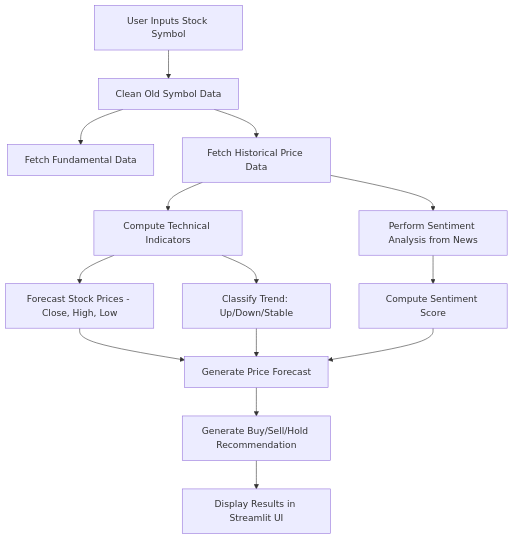
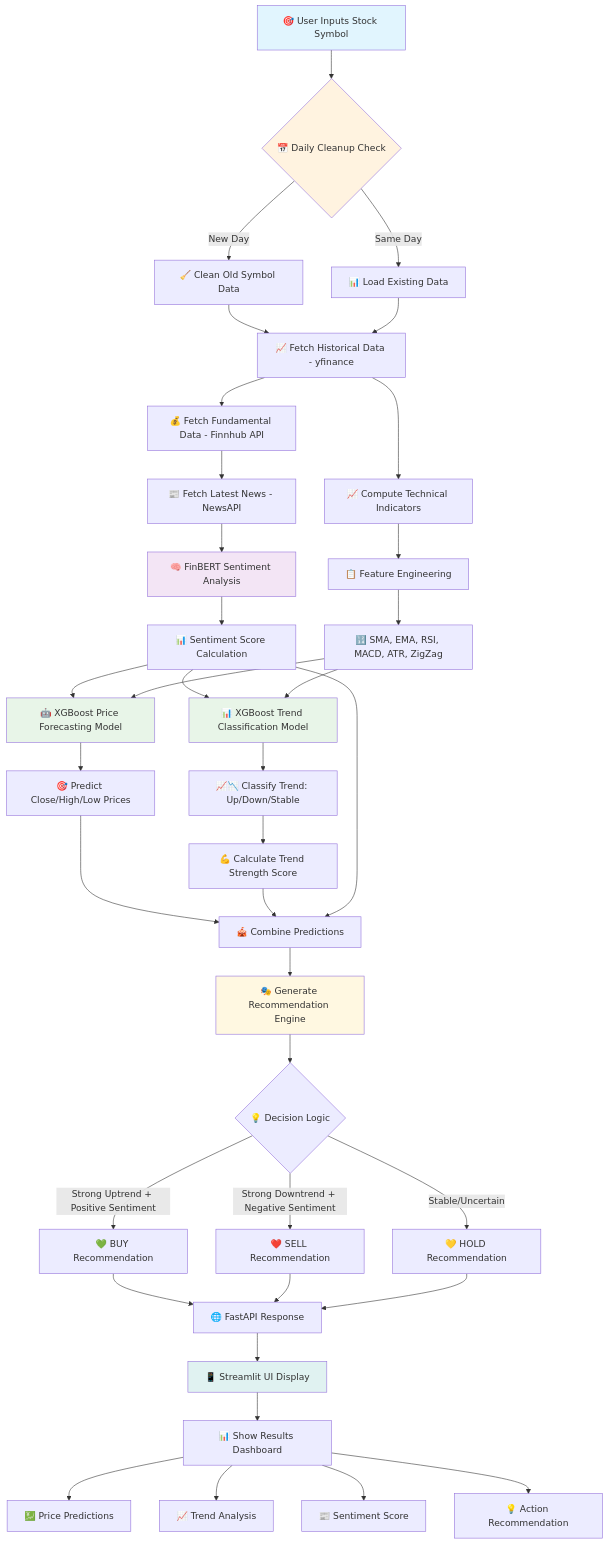
One commit to guruthanglearning/AILearning changed the diagram in MLProjects/StockPrediction/README.md. Above: the diagram before and after it, drawn with Mermaid. The commit also changed other lines of this file, not shown here.

Commit message:
Added more information about stock prediction project in ReadMe.md file

````diff
--- a/MLProjects/StockPrediction/README.md
+++ b/MLProjects/StockPrediction/README.md
@@ -142,16 +251,56 @@
 ```mermaid
 graph TD
-    A[User Inputs Stock Symbol] --> B[Clean Old Symbol Data]
-    B --> C[Fetch Fundamental Data]
-    B --> D[Fetch Historical Price Data]
-    D --> E[Compute Technical Indicators]
-    D --> F[Perform Sentiment Analysis from News]
-    E --> G[Forecast Stock Prices - Close, High, Low]
-    E --> H[Classify Trend: Up/Down/Stable]
-    G --> I[Generate Price Forecast]
-    H --> I
-    F --> J[Compute Sentiment Score]
-    J --> I
-    I --> K[Generate Buy/Sell/Hold Recommendation]
-    K --> L[Display Results in Streamlit UI]
+    A[🎯 User Inputs Stock Symbol] --> B{📅 Daily Cleanup Check}
+    B -->|New Day| C[🧹 Clean Old Symbol Data]
+    B -->|Same Day| D[📊 Load Existing Data]
+    C --> E[📈 Fetch Historical Data - yfinance]
+    D --> E
+    
+    E --> F[💰 Fetch Fundamental Data - Finnhub API]
+    F --> G[📰 Fetch Latest News - NewsAPI]
+    
+    G --> H[🧠 FinBERT Sentiment Analysis]
+    H --> I[📊 Sentiment Score Calculation]
+    
+    E --> J[📈 Compute Technical Indicators]
+    J --> K[📋 Feature Engineering]
+    K --> L[🔢 SMA, EMA, RSI, MACD, ATR, ZigZag]
+    
+    I --> M[🤖 XGBoost Price Forecasting Model]
+    L --> M
+    M --> N[🎯 Predict Close/High/Low Prices]
+    
+    I --> O[📊 XGBoost Trend Classification Model]
+    L --> O
+    O --> P[📈📉 Classify Trend: Up/Down/Stable]
+    P --> Q[💪 Calculate Trend Strength Score]
+    
+    N --> R[🎪 Combine Predictions]
+    Q --> R
+    I --> R
+    
+    R --> S[🎭 Generate Recommendation Engine]
+    S --> T{💡 Decision Logic}
+    T -->|Strong Uptrend + Positive Sentiment| U[💚 BUY Recommendation]
+    T -->|Strong Downtrend + Negative Sentiment| V[❤️ SELL Recommendation]
+    T -->|Stable/Uncertain| W[💛 HOLD Recommendation]
+    
+    U --> X[🌐 FastAPI Response]
+    V --> X
+    W --> X
+    X --> Y[📱 Streamlit UI Display]
+    
+    Y --> Z[📊 Show Results Dashboard]
+    Z --> AA[💹 Price Predictions]
+    Z --> BB[📈 Trend Analysis]
+    Z --> CC[📰 Sentiment Score]
+    Z --> DD[💡 Action Recommendation]
+    
+    style A fill:#e1f5fe
+    style B fill:#fff3e0
+    style H fill:#f3e5f5
+    style M fill:#e8f5e8
+    style O fill:#e8f5e8
+    style S fill:#fff8e1
+    style Y fill:#e0f2f1
 ```
````
